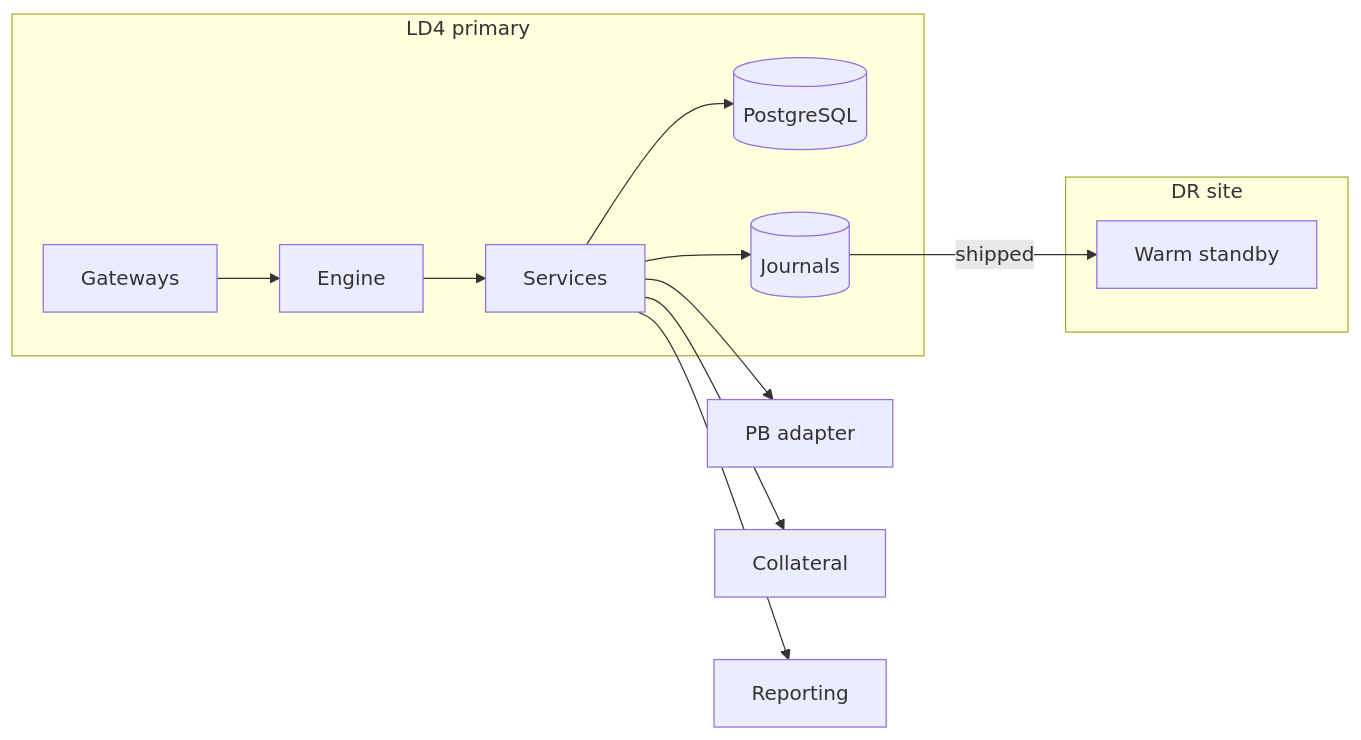
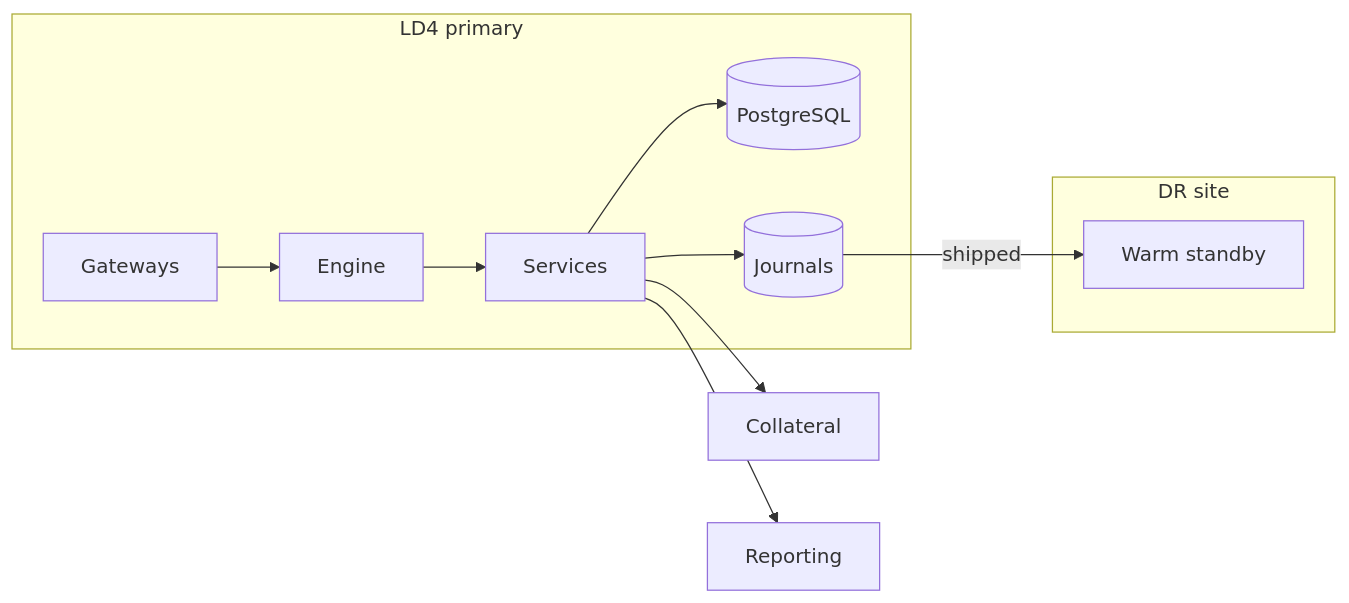
Before and after one commit to LevonDerma1221/swans-docs: the eighth of 8 diagrams in docs/diagrams.md, drawn with Mermaid. The commit also changed other lines of this file and 9 other files, not shown here.

````diff
--- a/docs/diagrams.md
+++ b/docs/diagrams.md
@@ -157,18 +144,17 @@
 ```mermaid
 flowchart LR
   subgraph LD4[LD4 primary]
     GW[Gateways] --> ENG[Engine]
     ENG --> SVC[Services]
     SVC --> DB[(PostgreSQL)]
     SVC --> J[(Journals)]
   end
 
   subgraph DR[DR site]
     WS[Warm standby]
   end
 
   J -->|shipped| WS
-  SVC --> PBA[PB adapter]
   SVC --> COL[Collateral]
   SVC --> ARM[Reporting]
 ```
````
